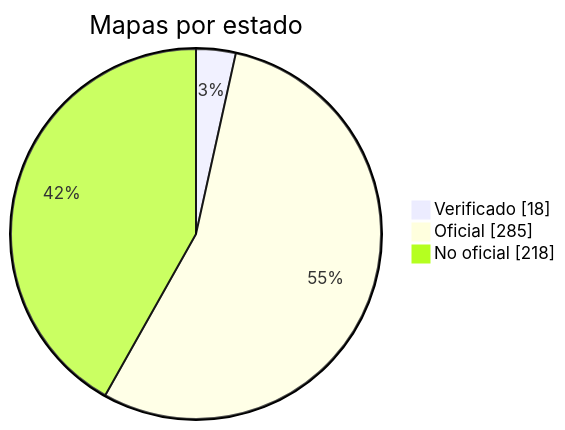
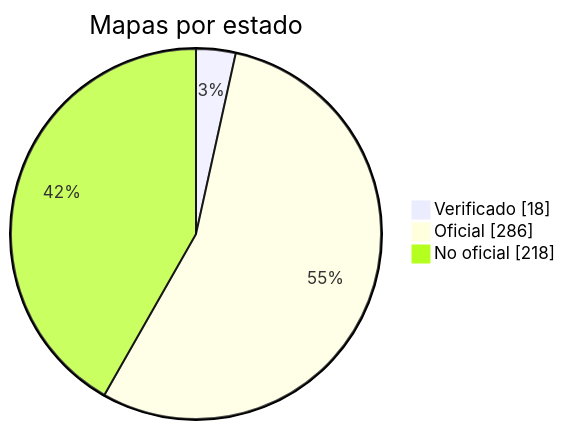
The diagram in docs/readme/README_ES.md (nobrega8/mbmap-library), drawn with Mermaid before and after one commit. The commit also changed 5 other files, not shown here.

````diff
--- a/docs/readme/README_ES.md
+++ b/docs/readme/README_ES.md
@@ -54,7 +54,7 @@
 ```mermaid
 pie showData
     title Mapas por estado
     "Verificado" : 18
-    "Oficial" : 285
+    "Oficial" : 286
     "No oficial" : 218
 ```
````
